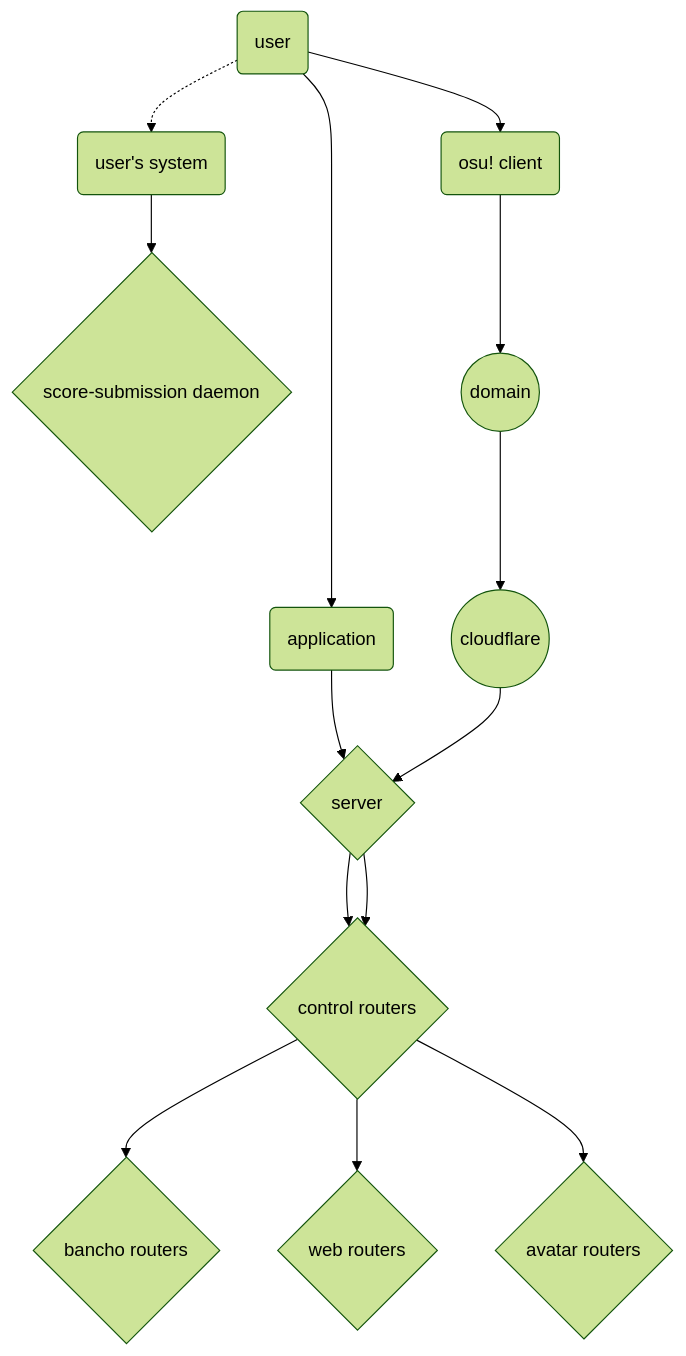
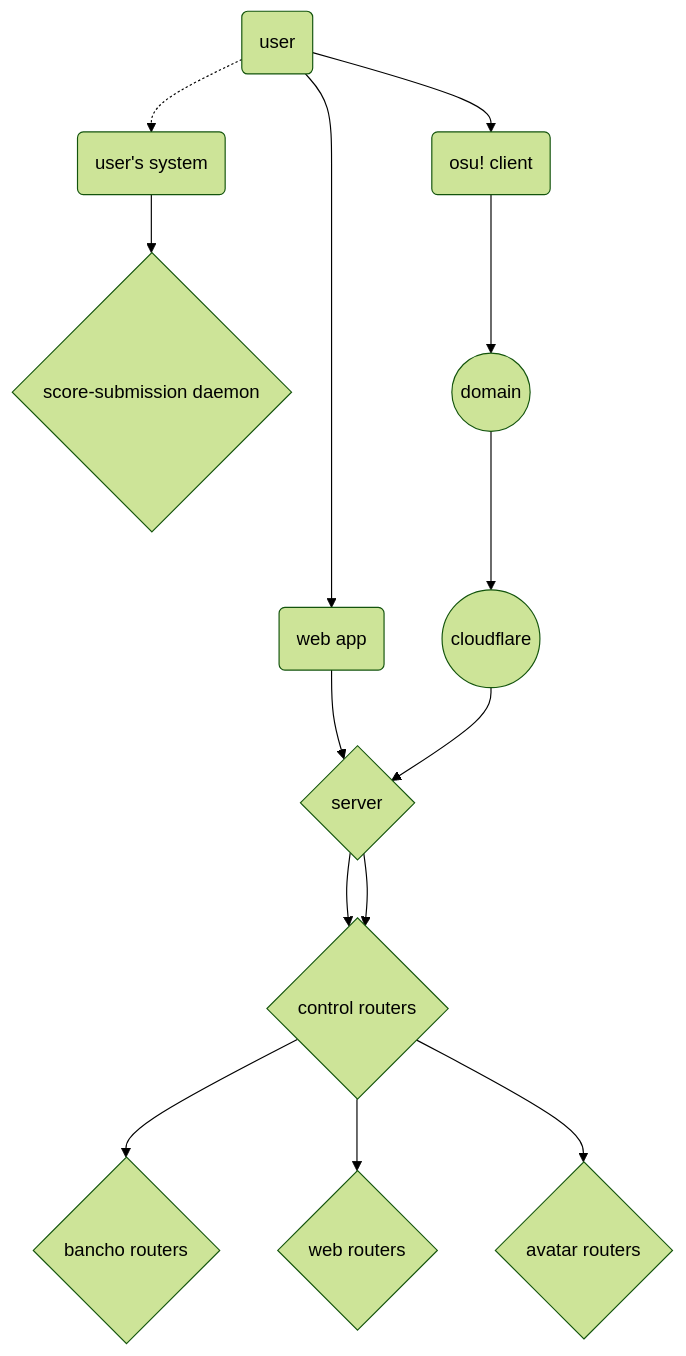
One commit to jeevanjohnson/local-osu-server changed the first of 2 diagrams in README.md. Above: the diagram before and after it, drawn with Mermaid (forest theme). The commit also changed 24 other files, not shown here.

````diff
--- a/README.md
+++ b/README.md
@@ -8,27 +8,27 @@
 ```mermaid
 flowchart TB
 USER(user)
 USER_SYSTEM(user's system)
-APPLICATION(application)
+WEB_APPLICATION(web app)
 OSU_CLIENT(osu! client)
 BANCHO_ROUTERS{bancho routers}
 WEB_ROUTERS{web routers}
 AVATAR_ROUTERS{avatar routers}
 CONTROL_POINT{control routers}
 SERVER{server}
 SCORE_SUBMISSION_DAEMON{score-submission daemon}
 DOMAIN((domain))
 CLOUD_FLARE((cloudflare))
 
 %% =================================
 USER -.-> USER_SYSTEM
 
-USER --> APPLICATION --> SERVER --> CONTROL_POINT
+USER --> WEB_APPLICATION --> SERVER --> CONTROL_POINT
 USER_SYSTEM --> SCORE_SUBMISSION_DAEMON
 
 USER --> OSU_CLIENT --> DOMAIN --> CLOUD_FLARE  --> SERVER --> CONTROL_POINT
 
 CONTROL_POINT --> BANCHO_ROUTERS
 CONTROL_POINT --> WEB_ROUTERS
 CONTROL_POINT --> AVATAR_ROUTERS
 ```
````
